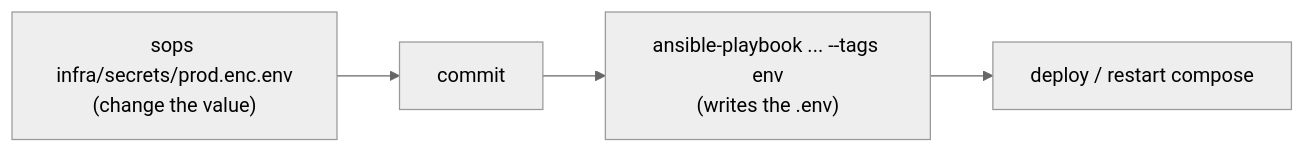
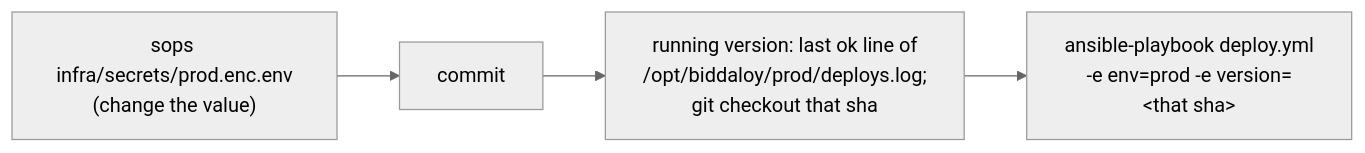
One commit to tareq89/biddaloy changed diagram 11 of 11 in docs/architecture/12-operations.md. Above: the diagram before and after it, drawn with Mermaid (neutral theme). The commit also changed other lines of this file and 26 other files, not shown here.

First line of the commit message:
fix(ops): address PR #2742 review - edge networks isolate staging/ops from prod data services, config-check merges overlay env, deploy validates nginx templates, Access gate

````diff
--- a/docs/architecture/12-operations.md
+++ b/docs/architecture/12-operations.md
@@ -596,6 +648,6 @@
 ```mermaid
 flowchart LR
   E["sops infra/secrets/prod.enc.env<br/>(change the value)"] --> C[commit]
-  C --> A["ansible-playbook ... --tags env<br/>(writes the .env)"]
-  A --> D[deploy / restart compose]
+  C --> V["running version: last ok line of<br/>/opt/biddaloy/prod/deploys.log;<br/>git checkout that sha"]
+  V --> D["ansible-playbook deploy.yml<br/>-e env=prod -e version=&lt;that sha&gt;"]
 ```
````
